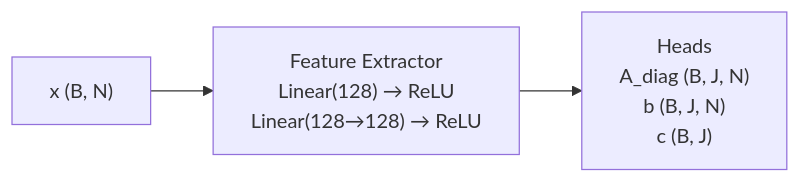
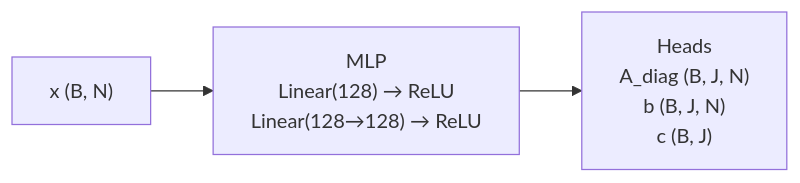
One commit to mariusdgm/phd-rl-algos changed the diagram in dqn/opinion_dynamics/draw_network/net_diagram.md. Above: the diagram before and after it, drawn with Mermaid. The commit also changed 4 other files, not shown here.

````diff
--- a/dqn/opinion_dynamics/draw_network/net_diagram.md
+++ b/dqn/opinion_dynamics/draw_network/net_diagram.md
@@ -1,13 +1,13 @@
 ```mermaid
 flowchart LR
   X["x (B, N)"]
-  FC["Feature Extractor
+  FC["MLP
   Linear(128) → ReLU
   Linear(128→128) → ReLU"]
   Head["Heads
   A_diag (B, J, N)
   b (B, J, N)
   c (B, J)"]
 
   X --> FC --> Head
 ```
````
